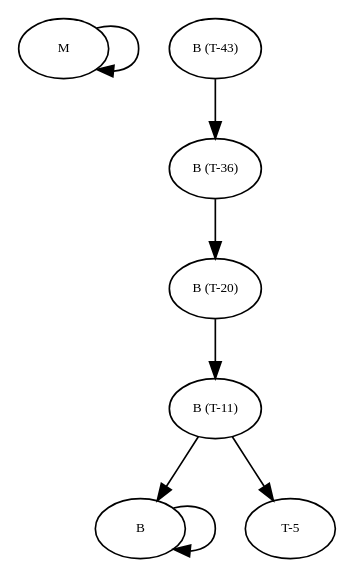
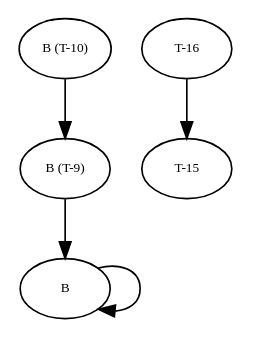
One commit to amso100/livescript-declarations changed the diagram in graphs/debug_tree1.dot. Above: the diagram before and after it, drawn with Graphviz. The commit also changed 9 other files, not shown here.

```diff
--- a/graphs/debug_tree1.dot
+++ b/graphs/debug_tree1.dot
@@ -1,64 +1,42 @@
 digraph RGL__DirectedAdjacencyGraph {
-    M [
-        fontsize = 8,
-        label = M
-    ]
-
-    "B (T-43)" [
-        fontsize = 8,
-        label = "B (T-43)"
-    ]
-
-    "B (T-36)" [
-        fontsize = 8,
-        label = "B (T-36)"
-    ]
-
-    "B (T-20)" [
-        fontsize = 8,
-        label = "B (T-20)"
-    ]
-
-    "B (T-11)" [
-        fontsize = 8,
-        label = "B (T-11)"
-    ]
-
     B [
         fontsize = 8,
         label = B
     ]
 
-    "T-5" [
+    "T-16" [
         fontsize = 8,
-        label = "T-5"
+        label = "T-16"
     ]
 
-    M -> M [
-        fontsize = 8
+    "T-15" [
+        fontsize = 8,
+        label = "T-15"
     ]
 
-    "B (T-43)" -> "B (T-36)" [
-        fontsize = 8
+    "B (T-10)" [
+        fontsize = 8,
+        label = "B (T-10)"
     ]
 
-    "B (T-36)" -> "B (T-20)" [
-        fontsize = 8
-    ]
-
-    "B (T-20)" -> "B (T-11)" [
-        fontsize = 8
-    ]
-
-    "B (T-11)" -> B [
-        fontsize = 8
-    ]
-
-    "B (T-11)" -> "T-5" [
-        fontsize = 8
+    "B (T-9)" [
+        fontsize = 8,
+        label = "B (T-9)"
     ]
 
     B -> B [
         fontsize = 8
     ]
+
+    "T-16" -> "T-15" [
+        fontsize = 8
+    ]
+
+    "B (T-10)" -> "B (T-9)" [
+        fontsize = 8
+    ]
+
+    "B (T-9)" -> B [
+        fontsize = 8
+    ]
 }
```
